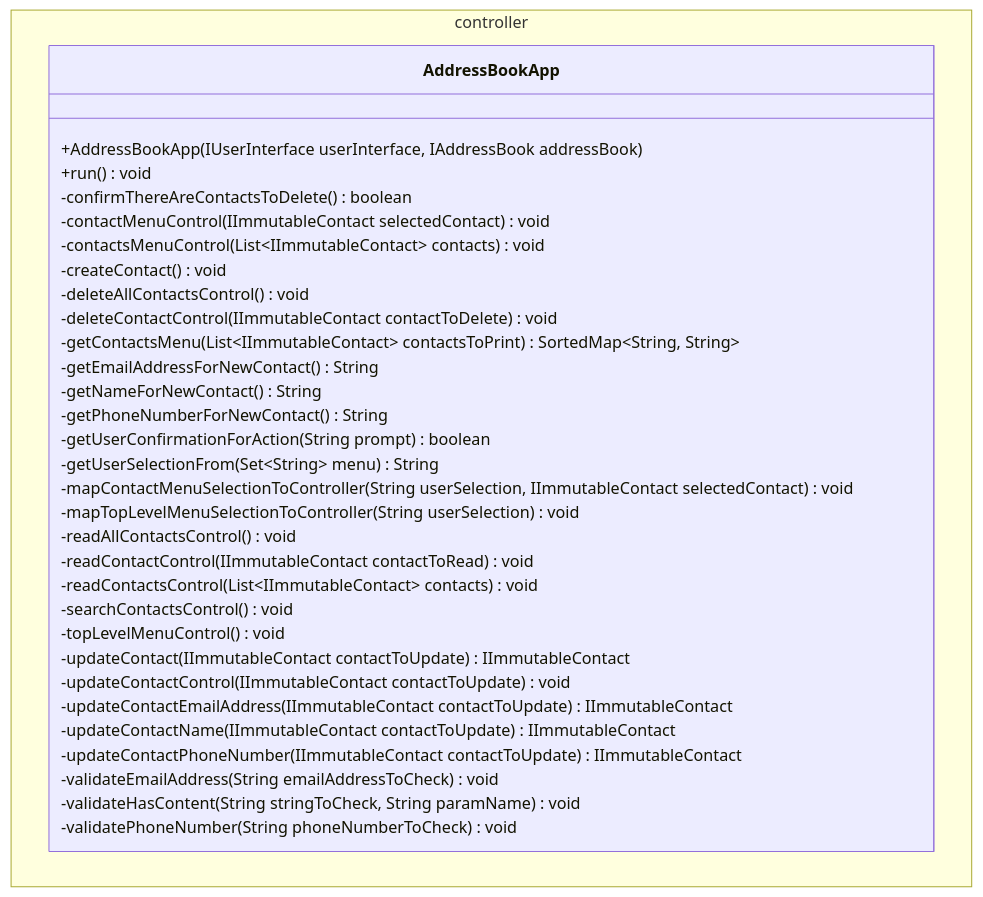
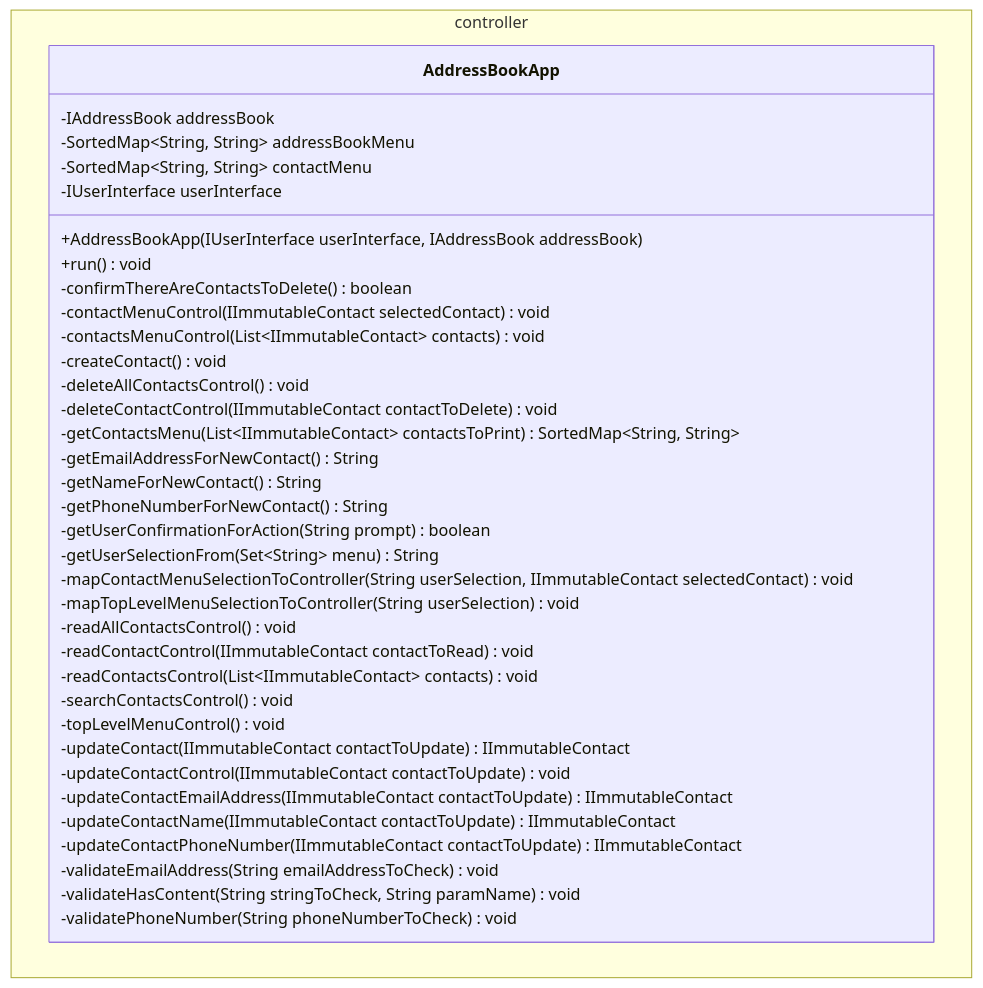
The second of 4 diagrams in docs/class-diagram.md (turnerbenjamin/address-book), drawn with Mermaid before and after one commit. The commit also changed 4 other files, not shown here.

````diff
--- a/docs/class-diagram.md
+++ b/docs/class-diagram.md
@@ -65,36 +65,40 @@
 ```mermaid
 classDiagram
      namespace controller {
         class AddressBookApp{
+            -IAddressBook addressBook
+            -SortedMap~String, String~ addressBookMenu
+            -SortedMap~String, String~ contactMenu
+            -IUserInterface userInterface
             +AddressBookApp(IUserInterface userInterface, IAddressBook addressBook)
             +run() void
             -confirmThereAreContactsToDelete() boolean
             -contactMenuControl(IImmutableContact selectedContact) void
             -contactsMenuControl(List~IImmutableContact~ contacts) void
             -createContact() void
             -deleteAllContactsControl() void
             -deleteContactControl(IImmutableContact contactToDelete) void
             -getContactsMenu(List~IImmutableContact~ contactsToPrint) SortedMap~String, String~
             -getEmailAddressForNewContact() String
             -getNameForNewContact() String
             -getPhoneNumberForNewContact() String
             -getUserConfirmationForAction(String prompt) boolean
             -getUserSelectionFrom(Set~String~ menu) String
             -mapContactMenuSelectionToController(String userSelection, IImmutableContact selectedContact) void
             -mapTopLevelMenuSelectionToController(String userSelection) void
             -readAllContactsControl() void
             -readContactControl(IImmutableContact contactToRead) void
             -readContactsControl(List~IImmutableContact~ contacts) void
             -searchContactsControl() void
             -topLevelMenuControl() void
             -updateContact(IImmutableContact contactToUpdate) IImmutableContact
             -updateContactControl(IImmutableContact contactToUpdate) void
             -updateContactEmailAddress(IImmutableContact contactToUpdate) IImmutableContact
             -updateContactName(IImmutableContact contactToUpdate) IImmutableContact
             -updateContactPhoneNumber(IImmutableContact contactToUpdate) IImmutableContact
             -validateEmailAddress(String emailAddressToCheck) void
             -validateHasContent(String stringToCheck, String paramName) void
             -validatePhoneNumber(String phoneNumberToCheck) void
         }
     }
 ```
````
